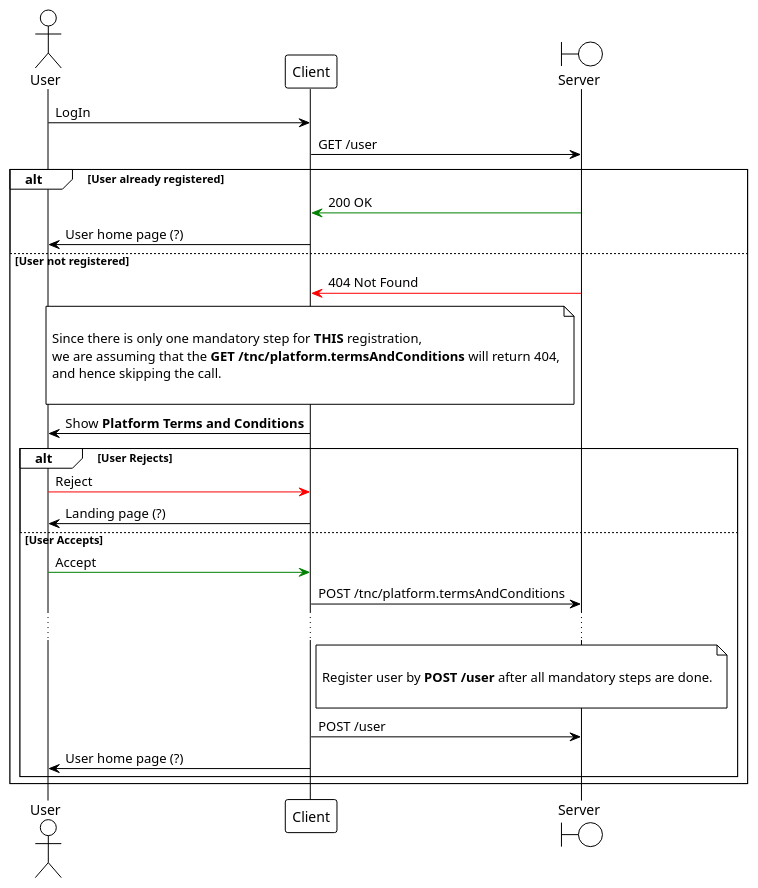
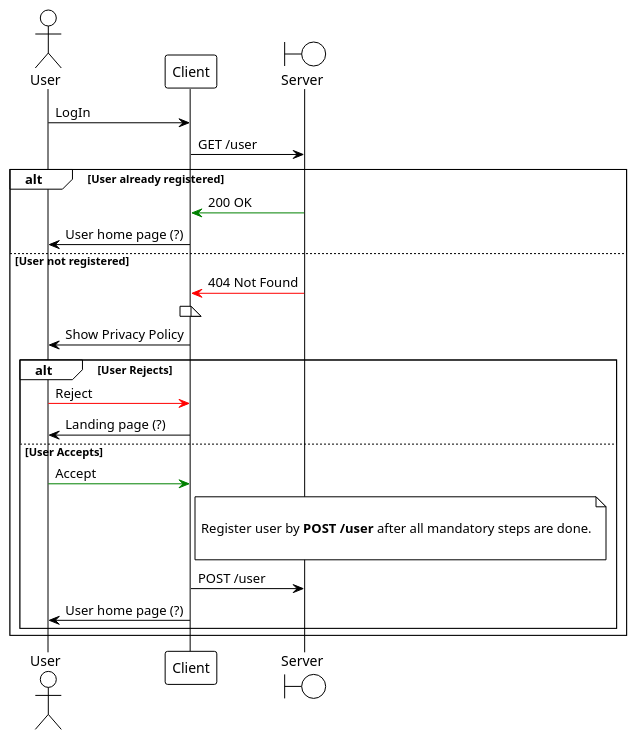
Before and after one commit to arcanetechnology/arcane-platform: the diagram in docs/user-registration.plantuml, drawn with PlantUML. The commit also changed 41 other files, not shown here.

```diff
--- a/docs/user-registration.plantuml
+++ b/docs/user-registration.plantuml
@@ -1,64 +1,57 @@
 @startuml
 
 '!theme amiga
 '!theme blueprint
 '!theme crt-amber
 !theme plain
 
 actor User as user
 participant Client as client
 boundary Server as server
 
 user -> client : LogIn
 
 client -> server: GET /user
 
 alt User already registered
 
 client <-[#green] server: 200 OK
 
 user <- client : User home page (?)
 
 else User not registered
 
 client <-[#red] server: 404 Not Found
 
 note over client
 
-Since there is only one mandatory step for **THIS** registration,
-we are assuming that the **GET /tnc/platform.termsAndConditions** will return 404,
-and hence skipping the call.
-
 end note
 
-user <- client : Show **Platform Terms and Conditions**
+user <- client : Show Privacy Policy
 
 alt User Rejects
 
 user -[#red]> client : Reject
 
 user <- client : Landing page (?)
 
 else User Accepts
 
 user -[#green]> client : Accept
 
-client -> server: POST /tnc/platform.termsAndConditions
-
-...
 
 note right of client
 
 Register user by **POST /user** after all mandatory steps are done.
 
 end note
 
 client -> server: POST /user
 
 user <- client : User home page (?)
 
 end
 
 end
 
 @enduml
```
